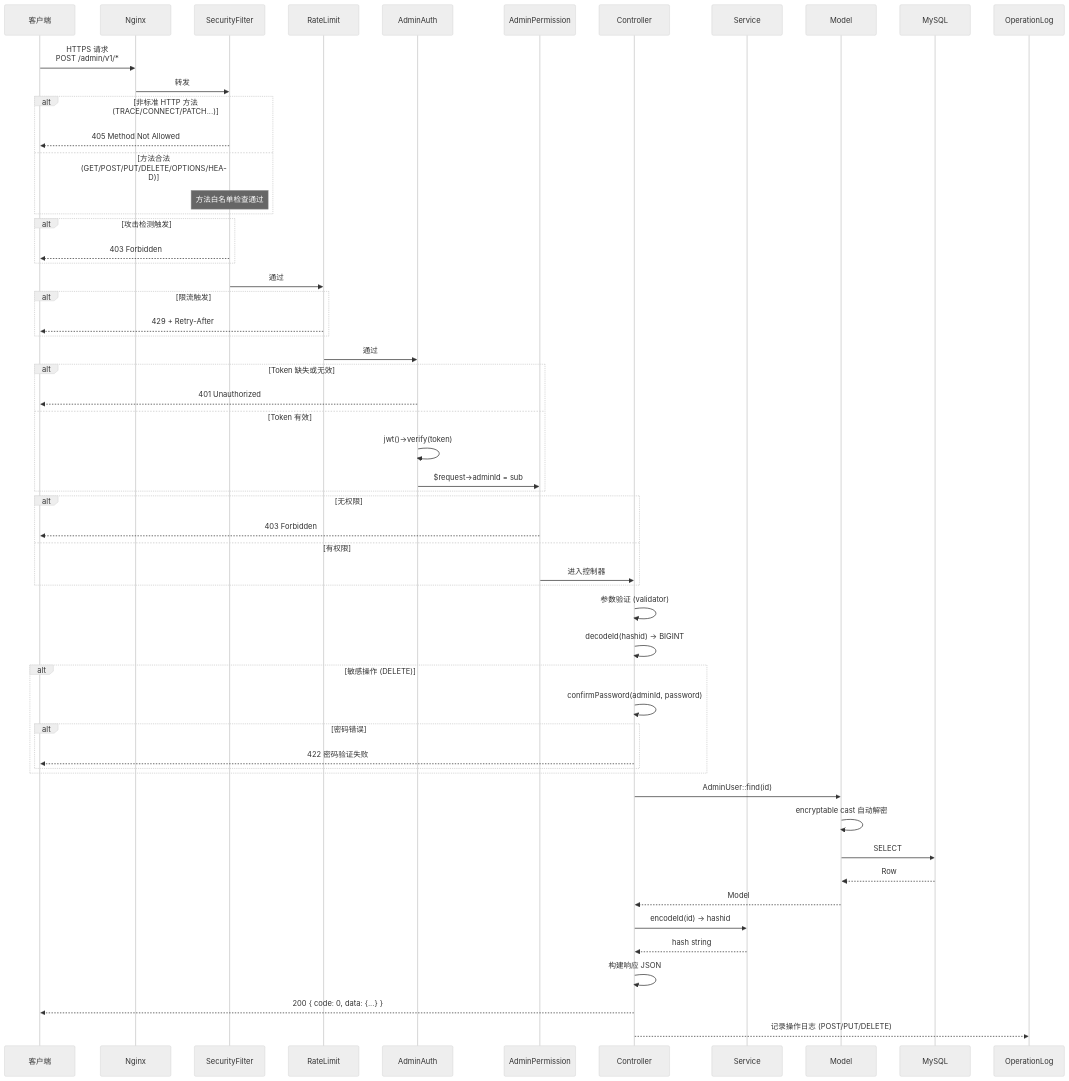
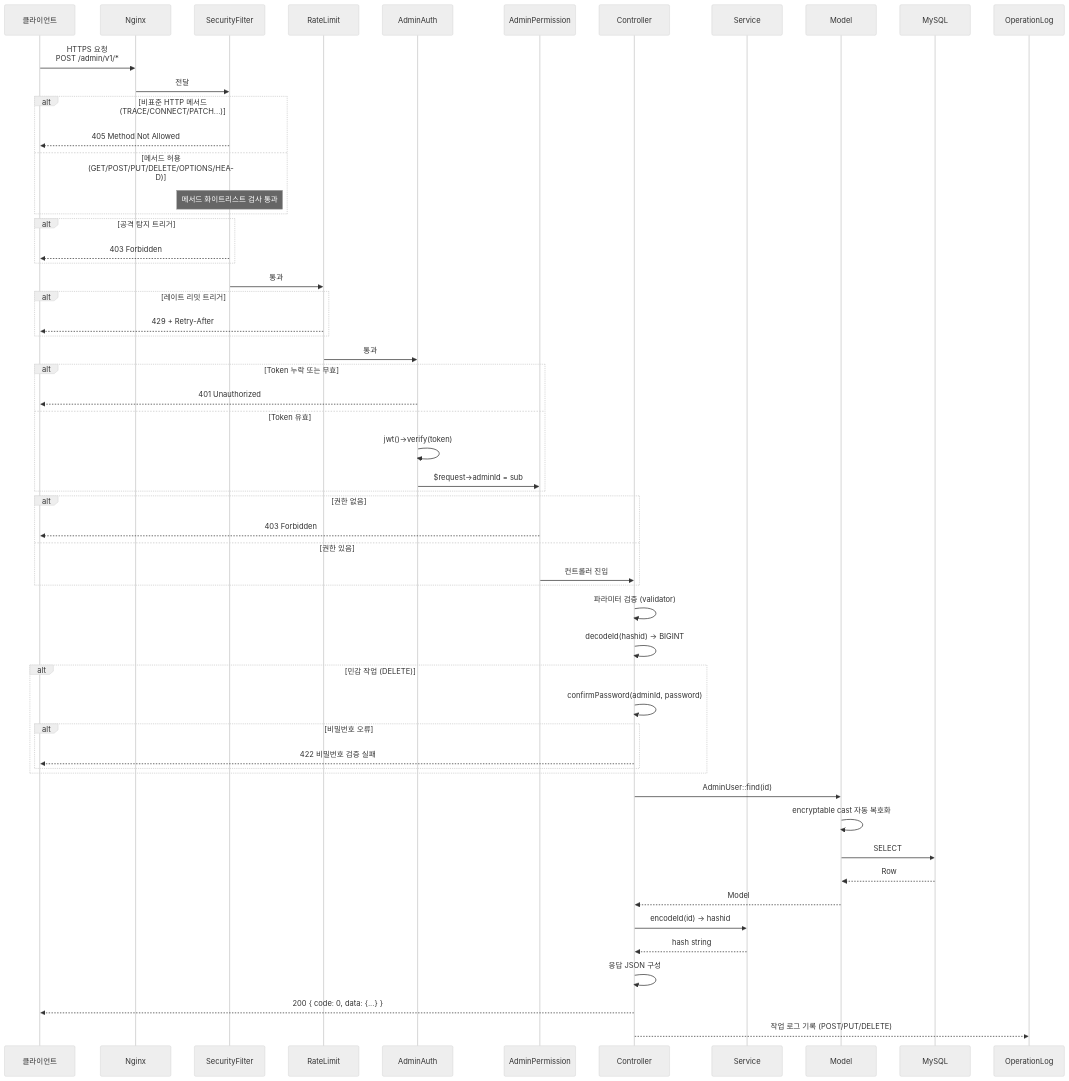
Before and after one commit to erikwang2013/game-platform-php: the third of 14 diagrams in admin/docs/ARCHITECTURE.ko.md, drawn with Mermaid (neutral theme). The commit also changed other lines of this file and 211 other files, not shown here.

First line of the commit message:
fix: 支付配置读回类型根治、提现事件对账巡检，12 语族 mermaid 与 API 标签本地化

````diff
--- a/admin/docs/ARCHITECTURE.ko.md
+++ b/admin/docs/ARCHITECTURE.ko.md
@@ -153,71 +153,71 @@
 ```mermaid
 sequenceDiagram
-    participant C as 客户端
+    participant C as 클라이언트
     participant N as Nginx
     participant MW_SF as SecurityFilter
     participant MW_RL as RateLimit
     participant MW1 as AdminAuth
     participant MW2 as AdminPermission
     participant CTL as Controller
     participant SVC as Service
     participant MDL as Model
     participant DB as MySQL
     participant OPLOG as OperationLog
 
-    C->>N: HTTPS 请求<br/>POST /admin/v1/*
-    N->>MW_SF: 转发
+    C->>N: HTTPS 요청<br/>POST /admin/v1/*
+    N->>MW_SF: 전달
 
-    alt 非标准 HTTP 方法 (TRACE/CONNECT/PATCH...)
+    alt 비표준 HTTP 메서드 (TRACE/CONNECT/PATCH...)
         MW_SF-->>C: 405 Method Not Allowed
-    else 方法合法 (GET/POST/PUT/DELETE/OPTIONS/HEAD)
-        Note over MW_SF: 方法白名单检查通过
+    else 메서드 허용 (GET/POST/PUT/DELETE/OPTIONS/HEAD)
+        Note over MW_SF: 메서드 화이트리스트 검사 통과
     end
 
-    alt 攻击检测触发
+    alt 공격 탐지 트리거
         MW_SF-->>C: 403 Forbidden
     end
 
-    MW_SF->>MW_RL: 通过
+    MW_SF->>MW_RL: 통과
 
-    alt 限流触发
+    alt 레이트 리밋 트리거
         MW_RL-->>C: 429 + Retry-After
     end
 
-    MW_RL->>MW1: 通过
+    MW_RL->>MW1: 통과
 
-    alt Token 缺失或无效
+    alt Token 누락 또는 무효
         MW1-->>C: 401 Unauthorized
-    else Token 有效
+    else Token 유효
         MW1->>MW1: jwt()->verify(token)
         MW1->>MW2: $request->adminId = sub
     end
 
-    alt 无权限
+    alt 권한 없음
         MW2-->>C: 403 Forbidden
-    else 有权限
-        MW2->>CTL: 进入控制器
+    else 권한 있음
+        MW2->>CTL: 컨트롤러 진입
     end
 
-    CTL->>CTL: 参数验证 (validator)
+    CTL->>CTL: 파라미터 검증 (validator)
     CTL->>CTL: decodeId(hashid) → BIGINT
 
-    alt 敏感操作 (DELETE)
+    alt 민감 작업 (DELETE)
         CTL->>CTL: confirmPassword(adminId, password)
-        alt 密码错误
-            CTL-->>C: 422 密码验证失败
+        alt 비밀번호 오류
+            CTL-->>C: 422 비밀번호 검증 실패
         end
     end
 
     CTL->>MDL: AdminUser::find(id)
-    MDL->>MDL: encryptable cast 自动解密
+    MDL->>MDL: encryptable cast 자동 복호화
     MDL->>DB: SELECT
     DB-->>MDL: Row
     MDL-->>CTL: Model
 
     CTL->>SVC: encodeId(id) → hashid
     SVC-->>CTL: hash string
 
-    CTL->>CTL: 构建响应 JSON
+    CTL->>CTL: 응답 JSON 구성
     CTL-->>C: 200 { code: 0, data: {...} }
-    CTL-->>OPLOG: 记录操作日志 (POST/PUT/DELETE)
+    CTL-->>OPLOG: 작업 로그 기록 (POST/PUT/DELETE)
 ```
````
